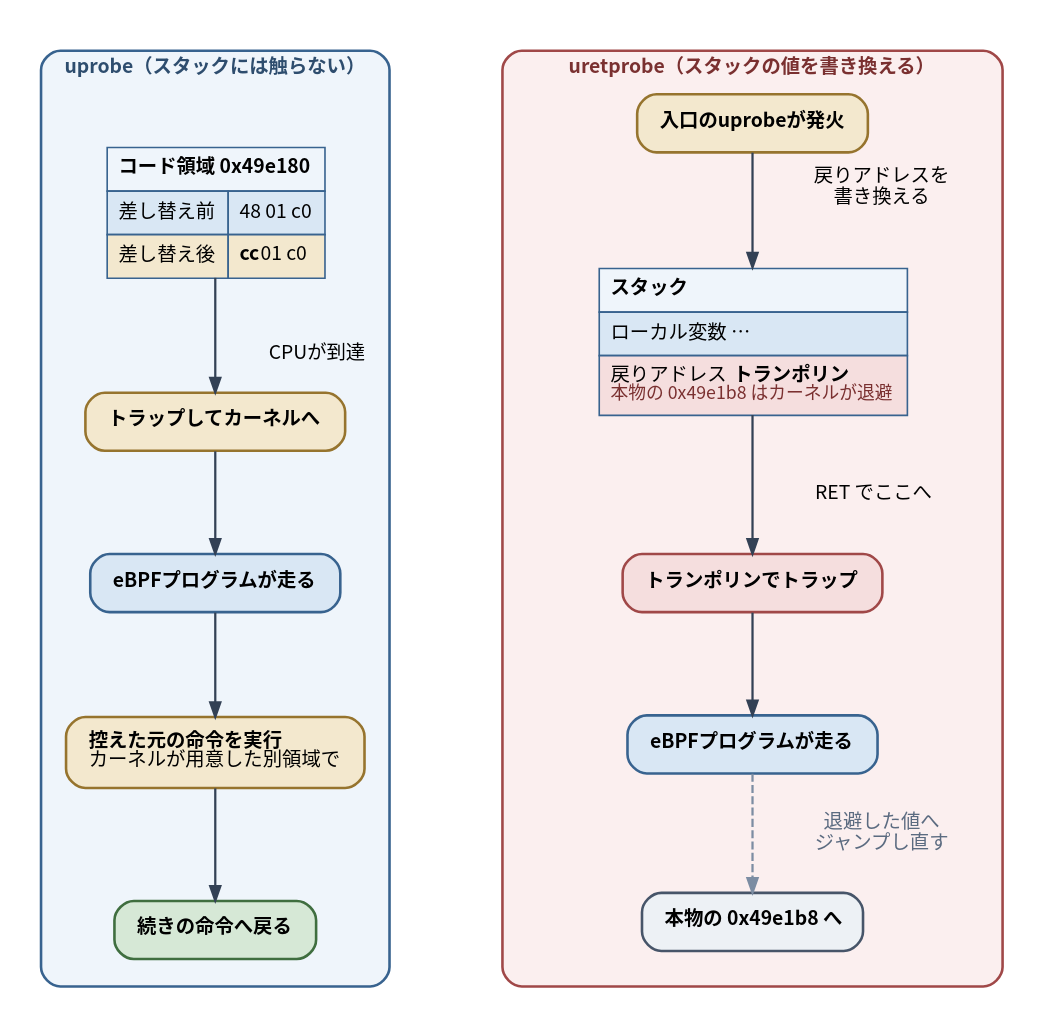
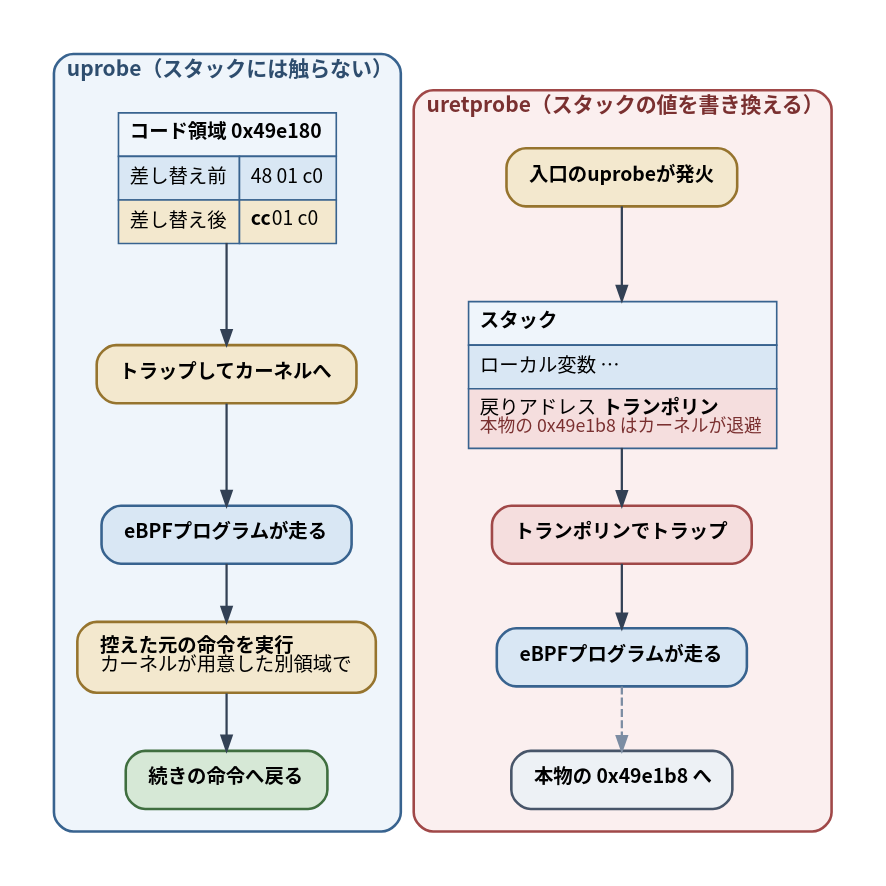
The diagram in diagrams/go-ebpf-primer/20260820-probe-insertion.dot (ymotongpoo/zenn.dev), drawn with Graphviz before and after one commit. The commit also changed 85 other files, not shown here.

First line of the commit message:
change(go-ebpf-primer): 矢印が無駄に長くなる図をlayout=dotに書き直した

```diff
--- a/diagrams/go-ebpf-primer/20260820-probe-insertion.dot
+++ b/diagrams/go-ebpf-primer/20260820-probe-insertion.dot
@@ -1,66 +1,73 @@
 // uprobeとuretprobeの挿し込み
 digraph probe_insertion {
   graph [
-    layout=neato, inputscale=72, splines=line,
+    rankdir=TB, compound=true, splines=ortho,
     fontname="Harano Aji Gothic,Noto Sans CJK JP,IPAGothic", fontsize=13,
-    bgcolor="white", pad=0.25
+    nodesep=0.5, ranksep=0.5,
+    bgcolor="white", pad=0.25, newrank=true
   ];
   node [
     fontname="Harano Aji Gothic,Noto Sans CJK JP,IPAGothic", fontsize=12,
     shape=box, style="rounded,filled",
     fillcolor="#F1F5F9", color="#475569", penwidth=1.6,
     margin="0.2,0.14"
   ];
   edge [
     fontname="Harano Aji Gothic,Noto Sans CJK JP,IPAGothic", fontsize=11,
     color="#334155", penwidth=1.4, arrowsize=0.9,
     fontcolor="#1E293B"
   ];
 
-  bgU [pos="172,370!", shape=box, style="rounded,filled", fillcolor="#EFF5FB", color="#38638F",
-       label="", width=3.0, height=8.06, fixedsize=true];
-  tU [pos="172,648!", shape=plaintext, style="", label=<<b>uprobe（スタックには触らない）</b>>, fontcolor="#2E4D6E"];
+  subgraph cluster_u {
+    label=<<b>uprobe（スタックには触らない）</b>>;
+    fontcolor="#2E4D6E";
+    style="rounded"; labeljust="l"; penwidth=1.6; margin=14;
+    color="#38638F"; bgcolor="#EFF5FB";
 
-  bgR [pos="505,370!", shape=box, style="rounded,filled", fillcolor="#FBEFEF", color="#A04848",
-       label="", width=4.3, height=8.06, fixedsize=true];
-  tR [pos="505,648!", shape=plaintext, style="", label=<<b>uretprobe（スタックの値を書き換える）</b>>, fontcolor="#7A3030"];
+    code [shape=plain, style="", label=<
+      <table border="0" cellborder="1" cellspacing="0" cellpadding="6" color="#38638F">
+        <tr><td colspan="2" align="left" bgcolor="#EFF5FB"><b>コード領域 0x49e180</b></td></tr>
+        <tr><td align="left" bgcolor="#D9E7F4">差し替え前</td><td align="left" bgcolor="#D9E7F4">48 01 c0</td></tr>
+        <tr><td align="left" bgcolor="#F3E8CE">差し替え後</td><td align="left" bgcolor="#F3E8CE"><b>cc</b> 01 c0</td></tr>
+      </table>>];
+    trap_u [label=<<b>トラップしてカーネルへ</b>>, fillcolor="#F3E8CE", color="#96742E"];
+    prog_u [label=<<b>eBPFプログラムが走る</b>>, fillcolor="#D9E7F4", color="#38638F"];
+    xol [label=<<b>控えた元の命令を実行</b><br align="left"/>カーネルが用意した別領域で<br align="left"/>>,
+         fillcolor="#F3E8CE", color="#96742E"];
+    next_u [label=<<b>続きの命令へ戻る</b>>, fillcolor="#D6E8D6", color="#3F6E3F"];
 
-  code [pos="172,560!", shape=plain, style="", label=<
-    <table border="0" cellborder="1" cellspacing="0" cellpadding="6" color="#38638F">
-      <tr><td colspan="2" align="left" bgcolor="#EFF5FB"><b>コード領域 0x49e180</b></td></tr>
-      <tr><td align="left" bgcolor="#D9E7F4">差し替え前</td><td align="left" bgcolor="#D9E7F4">48 01 c0</td></tr>
-      <tr><td align="left" bgcolor="#F3E8CE">差し替え後</td><td align="left" bgcolor="#F3E8CE"><b>cc</b> 01 c0</td></tr>
-    </table>>];
-  trap_u [pos="172,430!", label=<<b>トラップしてカーネルへ</b>>, fillcolor="#F3E8CE", color="#96742E"];
-  prog_u [pos="172,330!", label=<<b>eBPFプログラムが走る</b>>, fillcolor="#D9E7F4", color="#38638F"];
-  xol [pos="172,225!", label=<<b>控えた元の命令を実行</b><br align="left"/>カーネルが用意した別領域で<br align="left"/>>,
-       fillcolor="#F3E8CE", color="#96742E"];
-  next_u [pos="172,115!", label=<<b>続きの命令へ戻る</b>>, fillcolor="#D6E8D6", color="#3F6E3F"];
+    code -> trap_u;
+    trap_u -> prog_u;
+    prog_u -> xol;
+    xol -> next_u;
+  }
 
-  LC [pos="235,472!", shape=plaintext, style="", label="CPUが到達"];
+  subgraph cluster_r {
+    label=<<b>uretprobe（スタックの値を書き換える）</b>>;
+    fontcolor="#7A3030";
+    style="rounded"; labeljust="l"; penwidth=1.6; margin=14;
+    color="#A04848"; bgcolor="#FBEFEF";
 
-  entry [pos="505,615!", label=<<b>入口のuprobeが発火</b>>, fillcolor="#F3E8CE", color="#96742E"];
-  stack [pos="505,480!", shape=plain, style="", label=<
-    <table border="0" cellborder="1" cellspacing="0" cellpadding="6" color="#38638F">
-      <tr><td align="left" bgcolor="#EFF5FB"><b>スタック</b></td></tr>
-      <tr><td align="left" bgcolor="#D9E7F4">ローカル変数 …</td></tr>
-      <tr><td align="left" bgcolor="#F5DEDE">戻りアドレス <b>トランポリン</b><br align="left"/><font color="#7A3030" point-size="11">本物の 0x49e1b8 はカーネルが退避</font><br align="left"/></td></tr>
-    </table>>];
-  tramp [pos="505,330!", label=<<b>トランポリンでトラップ</b>>, fillcolor="#F5DEDE", color="#A04848"];
-  prog_r [pos="505,230!", label=<<b>eBPFプログラムが走る</b>>, fillcolor="#D9E7F4", color="#38638F"];
-  caller [pos="505,120!", label=<<b>本物の 0x49e1b8 へ</b>>, fillcolor="#EDF1F5"];
+    entry [label=<<b>入口のuprobeが発火</b>>, fillcolor="#F3E8CE", color="#96742E"];
+    stack [shape=plain, style="", label=<
+      <table border="0" cellborder="1" cellspacing="0" cellpadding="6" color="#38638F">
+        <tr><td align="left" bgcolor="#EFF5FB"><b>スタック</b></td></tr>
+        <tr><td align="left" bgcolor="#D9E7F4">ローカル変数 …</td></tr>
+        <tr><td align="left" bgcolor="#F5DEDE">戻りアドレス <b>トランポリン</b><br align="left"/><font color="#7A3030" point-size="11">本物の 0x49e1b8 はカーネルが退避</font><br align="left"/></td></tr>
+      </table>>];
+    tramp [label=<<b>トランポリンでトラップ</b>>, fillcolor="#F5DEDE", color="#A04848"];
+    prog_r [label=<<b>eBPFプログラムが走る</b>>, fillcolor="#D9E7F4", color="#38638F"];
+    caller [label=<<b>本物の 0x49e1b8 へ</b>>, fillcolor="#EDF1F5"];
 
-  LE [pos="585,575!", shape=plaintext, style="", label="戻りアドレスを\n書き換える"];
-  LT [pos="580,385!", shape=plaintext, style="", label="RET でここへ"];
-  LJ [pos="585,175!", shape=plaintext, style="", label="退避した値へ\nジャンプし直す", fontcolor="#5B6B80"];
+    entry -> stack;
+    stack -> tramp;
+    tramp -> prog_r;
+    prog_r -> caller [style=dashed, color="#7C8DA3"];
+  }
 
-  code -> trap_u;
-  trap_u -> prog_u;
-  prog_u -> xol;
-  xol -> next_u;
-
-  entry -> stack;
-  stack -> tramp;
-  tramp -> prog_r;
-  prog_r -> caller [style=dashed, color="#7C8DA3"];
+  { rank=same; code; entry; }
+  { rank=same; trap_u; stack; }
+  { rank=same; prog_u; tramp; }
+  { rank=same; xol; prog_r; }
+  { rank=same; next_u; caller; }
 }
```
